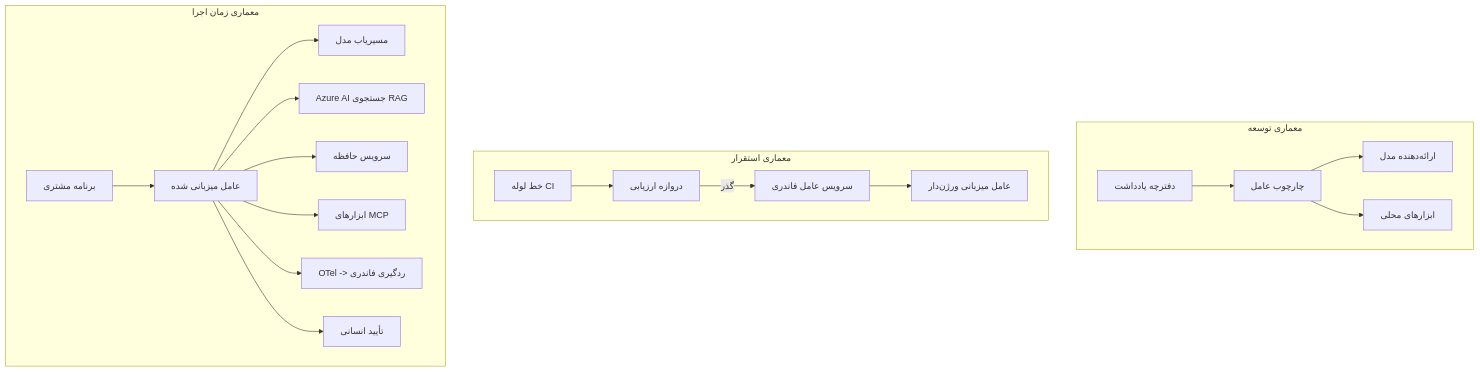
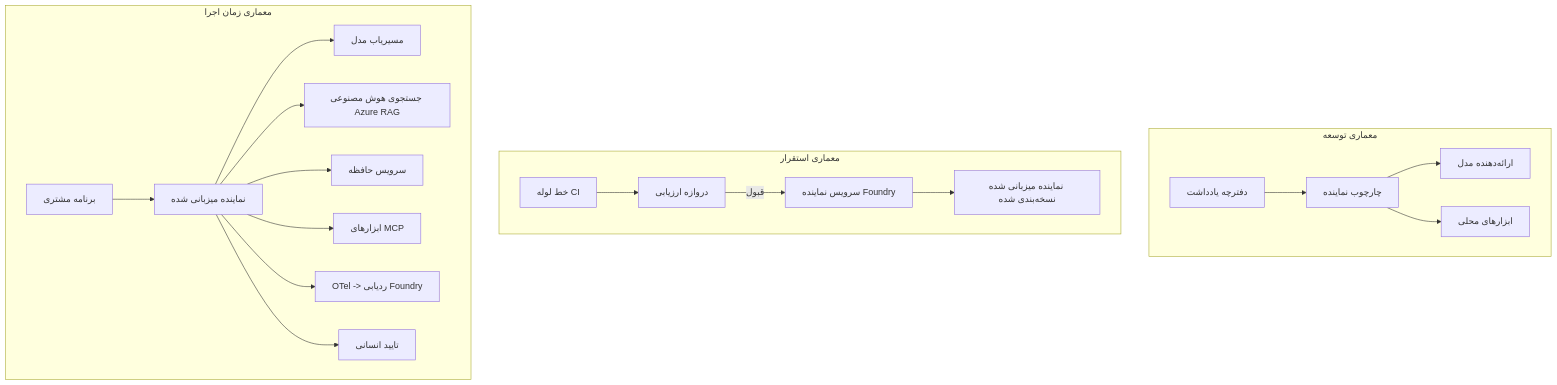
The fourth of 4 diagrams in mirrors/repos/microsoft@ai-agents-for-beginners/translations/fa/16-deploying-scalable-agents/README.md (gabrielmoreira/agent-skills-mirror), drawn with Mermaid before and after one commit. The commit also changed other lines of this file and 4262 other files, not shown here.

````diff
--- a/mirrors/repos/microsoft@ai-agents-for-beginners/translations/fa/16-deploying-scalable-agents/README.md
+++ b/mirrors/repos/microsoft@ai-agents-for-beginners/translations/fa/16-deploying-scalable-agents/README.md
@@ -185,22 +185,22 @@
 ```mermaid
 flowchart TB
     subgraph Dev[معماری توسعه]
-        D1[دفترچه یادداشت] --> D2[چارچوب عامل]
+        D1[دفترچه یادداشت] --> D2[چارچوب نماینده]
         D2 --> D3[ارائه‌دهنده مدل]
         D2 --> D4[ابزارهای محلی]
     end
     subgraph Deploy[معماری استقرار]
         E1[خط لوله CI] --> E2[دروازه ارزیابی]
-        E2 -->|گذر| E3[سرویس عامل فاندری]
-        E3 --> E4[عامل میزبانی ورژن‌دار]
+        E2 -->|قبول| E3[سرویس نماینده Foundry]
+        E3 --> E4[نماینده میزبانی شده نسخه‌بندی شده]
     end
     subgraph Run[معماری زمان اجرا]
-        F1[برنامه مشتری] --> F2[عامل میزبانی شده]
+        F1[برنامه مشتری] --> F2[نماینده میزبانی شده]
         F2 --> F3[مسیریاب مدل]
-        F2 --> F4[Azure AI جستجوی RAG]
+        F2 --> F4[جستجوی هوش مصنوعی Azure RAG]
         F2 --> F5[سرویس حافظه]
         F2 --> F6[ابزارهای MCP]
-        F2 --> F7[OTel -> ردگیری فاندری]
-        F2 --> F8[تأیید انسانی]
+        F2 --> F7[OTel -> ردیابی Foundry]
+        F2 --> F8[تایید انسانی]
     end
 ```
````
